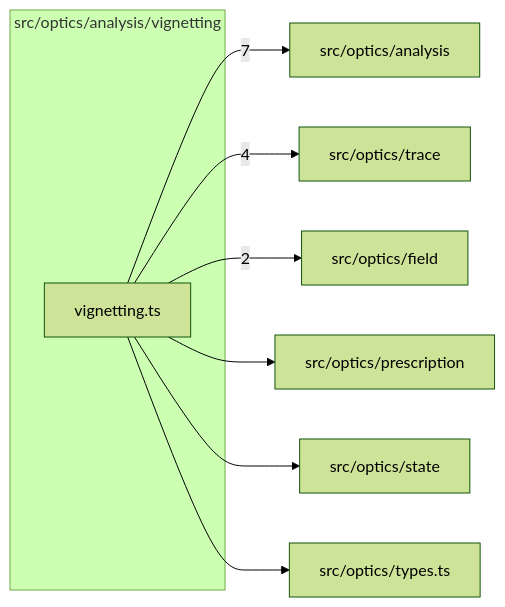
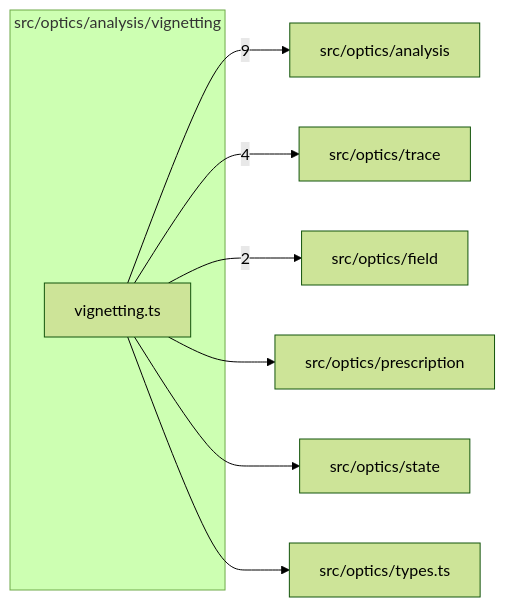
The diagram in src/optics/analysis/vignetting/readme.md (ronbuening/LensVisualizer), drawn with Mermaid (forest theme) before and after one commit. The commit also changed other lines of this file and 17 other files, not shown here.

````diff
--- a/src/optics/analysis/vignetting/readme.md
+++ b/src/optics/analysis/vignetting/readme.md
@@ -9,18 +9,18 @@
 ```mermaid
 flowchart LR
   subgraph n_src_optics_analysis_vignetting["src/optics/analysis/vignetting"]
     n_src_optics_analysis_vignetting_src_optics_analysis_vignetting_vignetting_ts["vignetting.ts"]
   end
   n_external_src_optics_analysis["src/optics/analysis"]
   n_external_src_optics_trace["src/optics/trace"]
   n_external_src_optics_field["src/optics/field"]
   n_external_src_optics_prescription["src/optics/prescription"]
   n_external_src_optics_state["src/optics/state"]
   n_external_src_optics_types_ts["src/optics/types.ts"]
-  n_src_optics_analysis_vignetting_src_optics_analysis_vignetting_vignetting_ts --> |7| n_external_src_optics_analysis
+  n_src_optics_analysis_vignetting_src_optics_analysis_vignetting_vignetting_ts --> |9| n_external_src_optics_analysis
   n_src_optics_analysis_vignetting_src_optics_analysis_vignetting_vignetting_ts --> |4| n_external_src_optics_trace
   n_src_optics_analysis_vignetting_src_optics_analysis_vignetting_vignetting_ts --> |2| n_external_src_optics_field
   n_src_optics_analysis_vignetting_src_optics_analysis_vignetting_vignetting_ts --> n_external_src_optics_prescription
   n_src_optics_analysis_vignetting_src_optics_analysis_vignetting_vignetting_ts --> n_external_src_optics_state
   n_src_optics_analysis_vignetting_src_optics_analysis_vignetting_vignetting_ts --> n_external_src_optics_types_ts
 ```
````
